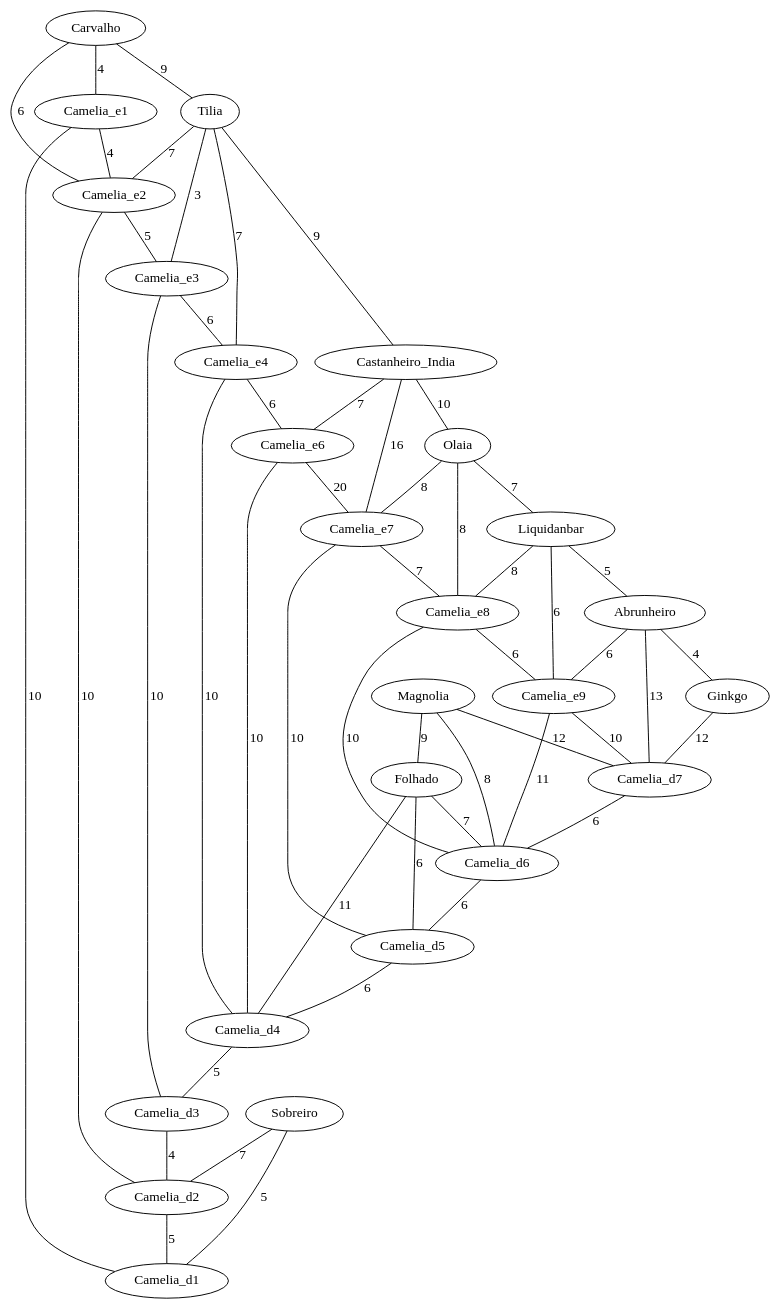
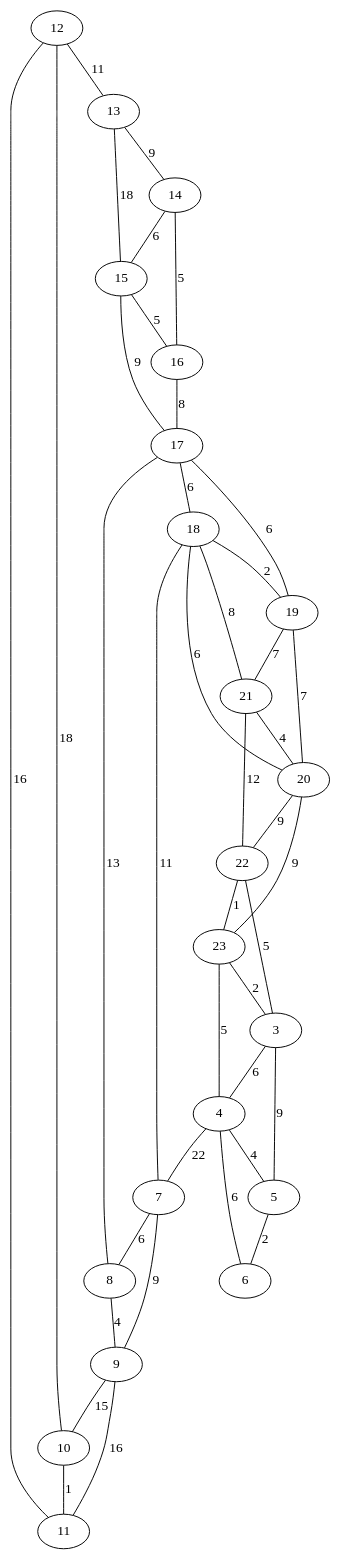
One commit to francisc-o-liveira/lei-24-s2-1dp-g163 changed the diagram in graphinput.dot. Above: the diagram before and after it, drawn with Graphviz. The commit also changed 7 other files, not shown here.

```diff
--- a/graphinput.dot
+++ b/graphinput.dot
@@ -1,52 +1,41 @@
 graph US13 {
-Carvalho -- Camelia_e1 [label="4"];
-Carvalho -- Camelia_e2 [label="6"];
-Carvalho -- Tilia [label="9"];
-Tilia -- Camelia_e2 [label="7"];
-Tilia -- Camelia_e3 [label="3"];
-Tilia -- Camelia_e4 [label="7"];
-Tilia -- Castanheiro_India [label="9"];
-Castanheiro_India -- Camelia_e6 [label="7"];
-Castanheiro_India -- Camelia_e7 [label="16"];
-Castanheiro_India -- Olaia [label="10"];
-Olaia -- Camelia_e7 [label="8"];
-Olaia -- Camelia_e8 [label="8"];
-Olaia -- Liquidanbar [label="7"];
-Liquidanbar -- Camelia_e8 [label="8"];
-Liquidanbar -- Camelia_e9 [label="6"];
-Liquidanbar -- Abrunheiro [label="5"];
-Abrunheiro -- Camelia_e9 [label="6"];
-Abrunheiro -- Camelia_d7 [label="13"];
-Abrunheiro -- Ginkgo [label="4"];
-Ginkgo -- Camelia_d7 [label="12"];
-Magnolia -- Camelia_d7 [label="12"];
-Magnolia -- Camelia_d6 [label="8"];
-Magnolia -- Folhado [label="9"];
-Folhado -- Camelia_d6 [label="7"];
-Folhado -- Camelia_d5 [label="6"];
-Folhado -- Camelia_d4 [label="11"];
-Sobreiro -- Camelia_d1 [label="5"];
-Sobreiro -- Camelia_d2 [label="7"];
-Camelia_e1 -- Camelia_d1 [label="10"];
-Camelia_e1 -- Camelia_e2 [label="4"];
-Camelia_e2 -- Camelia_e3 [label="5"];
-Camelia_e2 -- Camelia_d2 [label="10"];
-Camelia_e3 -- Camelia_d3 [label="10"];
-Camelia_e3 -- Camelia_e4 [label="6"];
-Camelia_e4 -- Camelia_d4 [label="10"];
-Camelia_e4 -- Camelia_e6 [label="6"];
-Camelia_e6 -- Camelia_d4 [label="10"];
-Camelia_e6 -- Camelia_e7 [label="20"];
-Camelia_e7 -- Camelia_e8 [label="7"];
-Camelia_e7 -- Camelia_d5 [label="10"];
-Camelia_e8 -- Camelia_e9 [label="6"];
-Camelia_e8 -- Camelia_d6 [label="10"];
-Camelia_e9 -- Camelia_d6 [label="11"];
-Camelia_e9 -- Camelia_d7 [label="10"];
-Camelia_d7 -- Camelia_d6 [label="6"];
-Camelia_d6 -- Camelia_d5 [label="6"];
-Camelia_d5 -- Camelia_d4 [label="6"];
-Camelia_d4 -- Camelia_d3 [label="5"];
-Camelia_d3 -- Camelia_d2 [label="4"];
-Camelia_d2 -- Camelia_d1 [label="5"];
+12 -- 10 [label="18"];
+12 -- 11 [label="16"];
+12 -- 13 [label="11"];
+13 -- 15 [label="18"];
+13 -- 14 [label="9"];
+14 -- 15 [label="6"];
+14 -- 16 [label="5"];
+15 -- 16 [label="5"];
+15 -- 17 [label="9"];
+16 -- 17 [label="8"];
+17 -- 18 [label="6"];
+17 -- 19 [label="6"];
+18 -- 19 [label="2"];
+18 -- 20 [label="6"];
+18 -- 21 [label="8"];
+19 -- 20 [label="7"];
+19 -- 21 [label="7"];
+21 -- 20 [label="4"];
+21 -- 22 [label="12"];
+20 -- 22 [label="9"];
+20 -- 23 [label="9"];
+22 -- 23 [label="1"];
+22 -- 3 [label="5"];
+23 -- 3 [label="2"];
+23 -- 4 [label="5"];
+3 -- 4 [label="6"];
+3 -- 5 [label="9"];
+4 -- 5 [label="4"];
+5 -- 6 [label="2"];
+6 -- 4 [label="6"];
+4 -- 7 [label="22"];
+7 -- 18 [label="11"];
+7 -- 8 [label="6"];
+7 -- 9 [label="9"];
+8 -- 17 [label="13"];
+8 -- 9 [label="4"];
+9 -- 10 [label="15"];
+9 -- 11 [label="16"];
+10 -- 11 [label="1"];
 }
```
